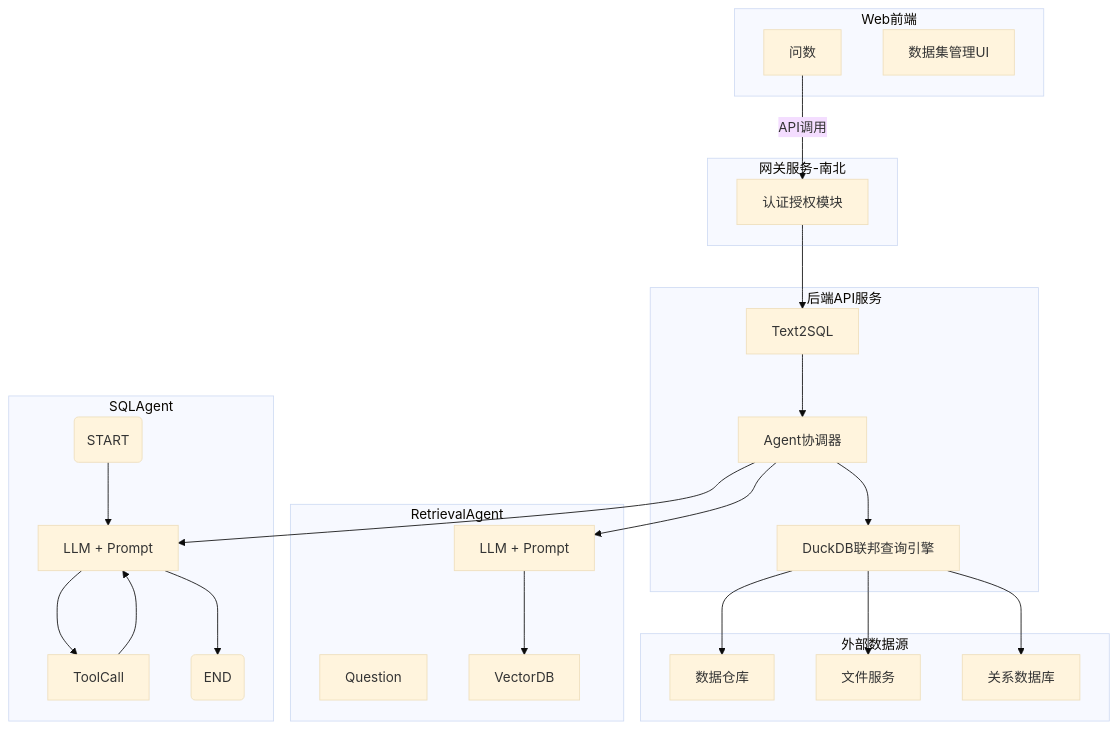
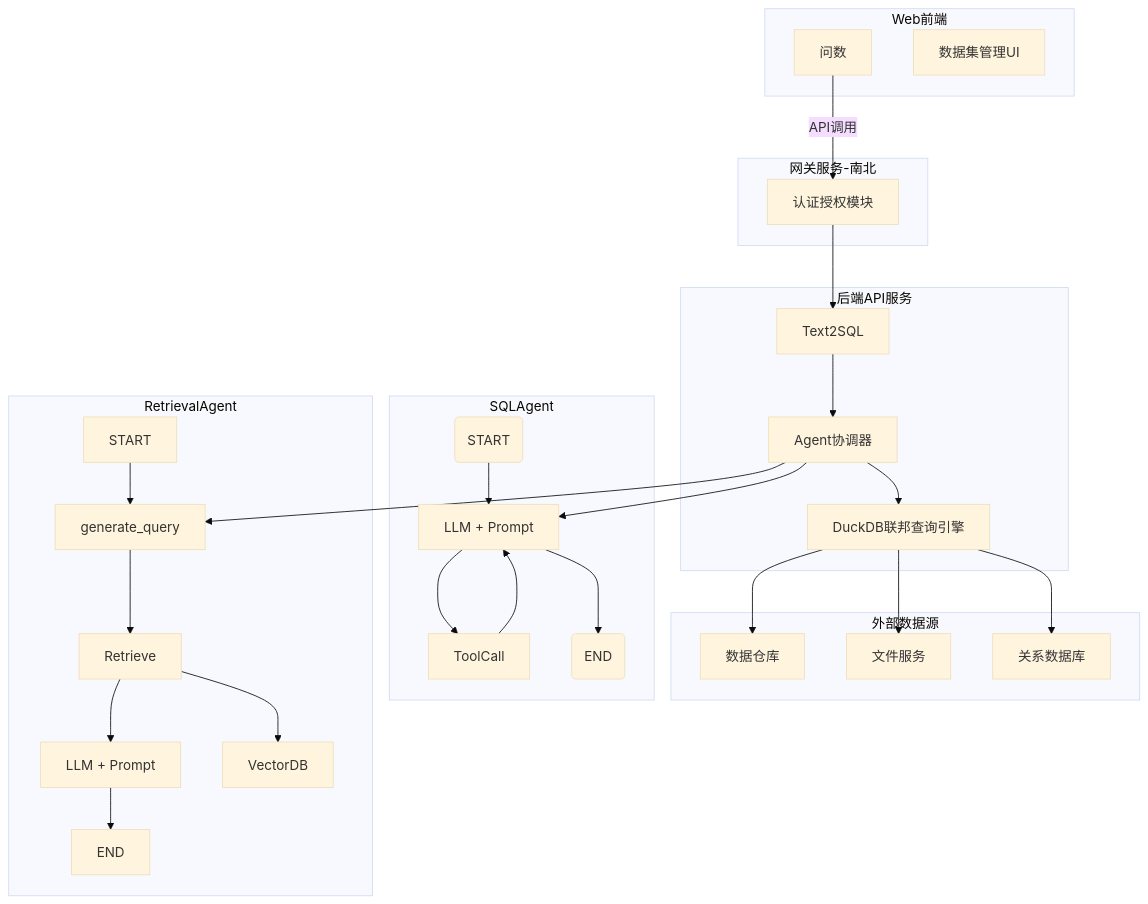
The sixth of 19 diagrams in docs/PRD.md (carmhuo/kiwi-agent), drawn with Mermaid (base theme) before and after one commit. The commit also changed other lines of this file and 1 other file, not shown here.

````diff
--- a/docs/PRD.md
+++ b/docs/PRD.md
@@ -322,51 +347,58 @@
 ```mermaid
 graph TD
     subgraph "Web前端"
         Dashboard["问数"]
         DatasetManager["数据集管理UI"]
     end
 
     subgraph "网关服务-南北"
         AuthAPI["认证授权模块"]
     end
 
     subgraph "后端API服务"
         LLMOrchestrator["Agent协调器"]
         Text2SQL["Text2SQL"]
         QueryEngine["DuckDB联邦查询引擎"]
     end
 
     subgraph "外部数据源"
         DataWarehouse["数据仓库"]
         FilePlatform["文件服务"]
         Database["关系数据库"]
     end
 
     subgraph "SQLAgent"
-        START("START")
+        SQL_START("START")
         SQL_Agent["LLM + Prompt"]
         DBTools["ToolCall"]
-        END("END")
+        SQL_END("END")
     end
 
     subgraph "RetrievalAgent"
-        Input["Question"]
-        Retrieval_Agent["LLM + Prompt"]
+        Retrieval_Start["START"]
+        Generate_Query["generate_query"]
+        Retrieve["Retrieve"]
+        Response["LLM + Prompt"]
         VectorDB["VectorDB"]
+        Retrieval_End["END"]
     end
 
 %% 数据流
     Dashboard -->|API调用| AuthAPI
     AuthAPI --> Text2SQL
     QueryEngine --> DataWarehouse
     QueryEngine --> FilePlatform
     QueryEngine --> Database
     Text2SQL --> LLMOrchestrator
     LLMOrchestrator --> QueryEngine
     LLMOrchestrator --> SQL_Agent
-    START --> SQL_Agent --> DBTools
+    SQL_START --> SQL_Agent --> DBTools
     DBTools --> SQL_Agent
-    SQL_Agent --> END
-    LLMOrchestrator --> Retrieval_Agent
-    Retrieval_Agent --> VectorDB
+    SQL_Agent --> SQL_END
+    LLMOrchestrator --> Generate_Query
+    Retrieval_Start --> Generate_Query
+    Generate_Query --> Retrieve
+    Retrieve --> VectorDB
+    Retrieve --> Response
+    Response --> Retrieval_End
 ```
````
